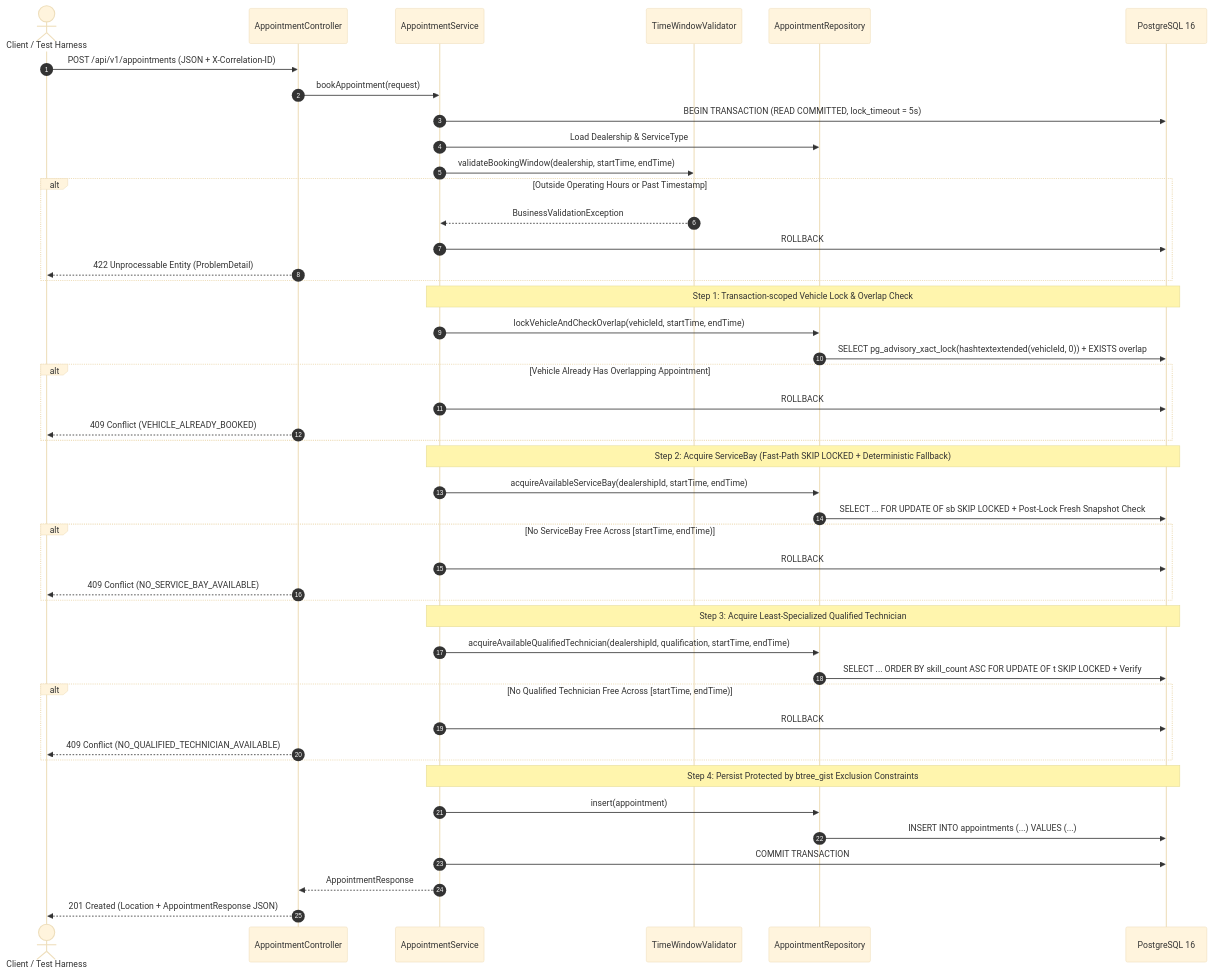
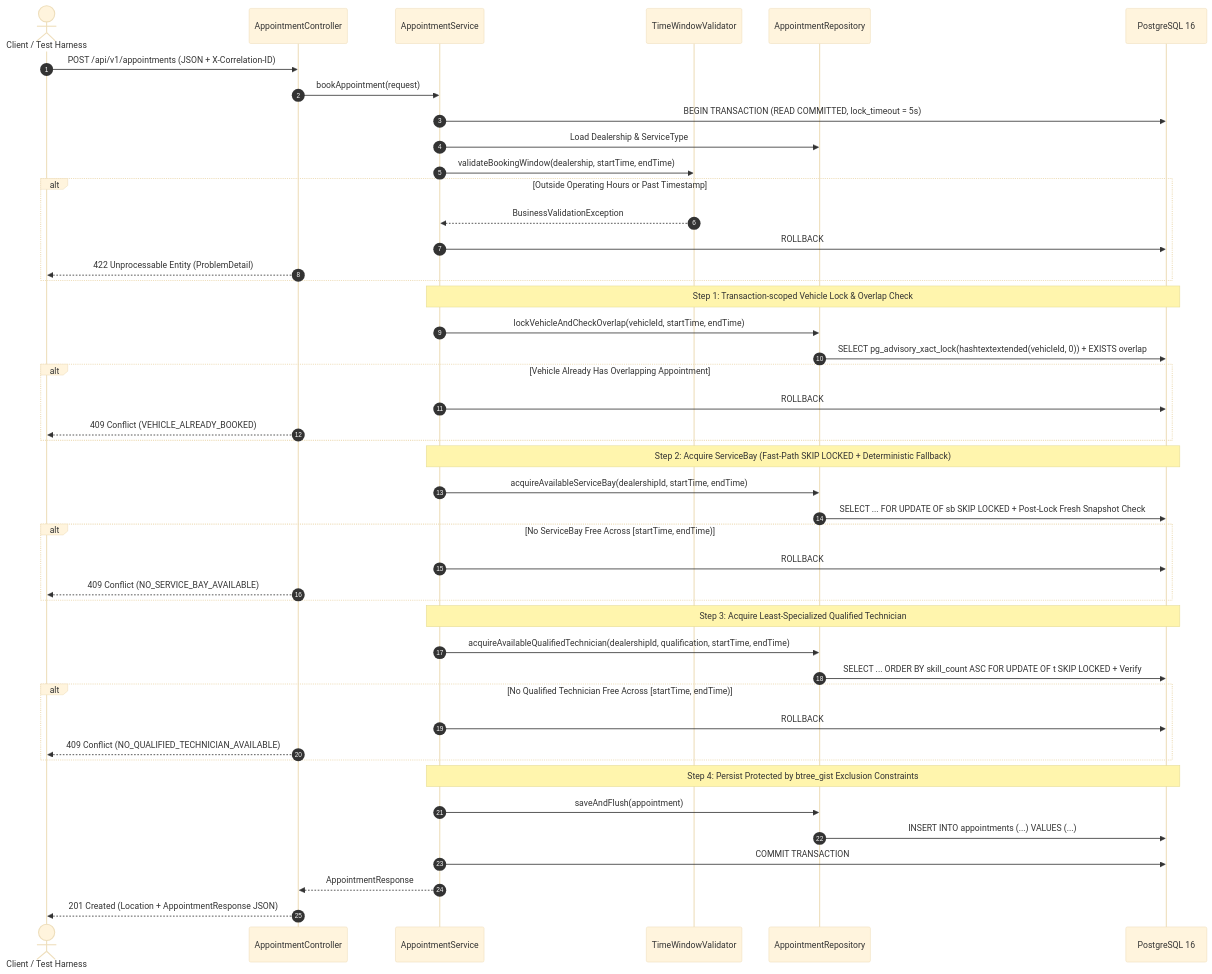
One commit to tuoitho/unified-service-scheduler changed the third of 3 diagrams in docs/SYSTEM_DESIGN.md. Above: the diagram before and after it, drawn with Mermaid (base theme). The commit also changed other lines of this file and 8 other files, not shown here.

````diff
--- a/docs/SYSTEM_DESIGN.md
+++ b/docs/SYSTEM_DESIGN.md
@@ -143,53 +143,53 @@
 ```mermaid
 sequenceDiagram
     autonumber
     actor Client as Client / Test Harness
     participant API as AppointmentController
     participant Svc as AppointmentService
     participant Val as TimeWindowValidator
     participant Repo as AppointmentRepository
     participant DB as PostgreSQL 16
 
     Client->>API: POST /api/v1/appointments (JSON + X-Correlation-ID)
     API->>Svc: bookAppointment(request)
     Svc->>DB: BEGIN TRANSACTION (READ COMMITTED, lock_timeout = 5s)
     Svc->>Repo: Load Dealership & ServiceType
     Svc->>Val: validateBookingWindow(dealership, startTime, endTime)
     
     alt Outside Operating Hours or Past Timestamp
         Val-->>Svc: BusinessValidationException
         Svc->>DB: ROLLBACK
         API-->>Client: 422 Unprocessable Entity (ProblemDetail)
     end
 
     Note over Svc,DB: Step 1: Transaction-scoped Vehicle Lock & Overlap Check
     Svc->>Repo: lockVehicleAndCheckOverlap(vehicleId, startTime, endTime)
     Repo->>DB: SELECT pg_advisory_xact_lock(hashtextextended(vehicleId, 0)) + EXISTS overlap
     alt Vehicle Already Has Overlapping Appointment
         Svc->>DB: ROLLBACK
         API-->>Client: 409 Conflict (VEHICLE_ALREADY_BOOKED)
     end
 
     Note over Svc,DB: Step 2: Acquire ServiceBay (Fast-Path SKIP LOCKED + Deterministic Fallback)
     Svc->>Repo: acquireAvailableServiceBay(dealershipId, startTime, endTime)
     Repo->>DB: SELECT ... FOR UPDATE OF sb SKIP LOCKED + Post-Lock Fresh Snapshot Check
     alt No ServiceBay Free Across [startTime, endTime)
         Svc->>DB: ROLLBACK
         API-->>Client: 409 Conflict (NO_SERVICE_BAY_AVAILABLE)
     end
 
     Note over Svc,DB: Step 3: Acquire Least-Specialized Qualified Technician
     Svc->>Repo: acquireAvailableQualifiedTechnician(dealershipId, qualification, startTime, endTime)
     Repo->>DB: SELECT ... ORDER BY skill_count ASC FOR UPDATE OF t SKIP LOCKED + Verify
     alt No Qualified Technician Free Across [startTime, endTime)
         Svc->>DB: ROLLBACK
         API-->>Client: 409 Conflict (NO_QUALIFIED_TECHNICIAN_AVAILABLE)
     end
 
     Note over Svc,DB: Step 4: Persist Protected by btree_gist Exclusion Constraints
-    Svc->>Repo: insert(appointment)
+    Svc->>Repo: saveAndFlush(appointment)
     Repo->>DB: INSERT INTO appointments (...) VALUES (...)
     Svc->>DB: COMMIT TRANSACTION
     Svc-->>API: AppointmentResponse
     API-->>Client: 201 Created (Location + AppointmentResponse JSON)
 ```
````
